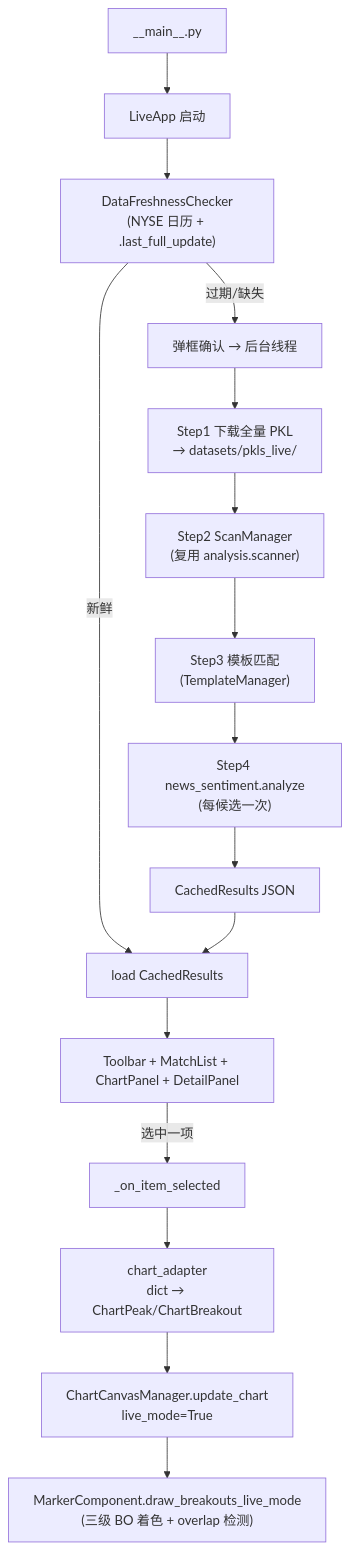
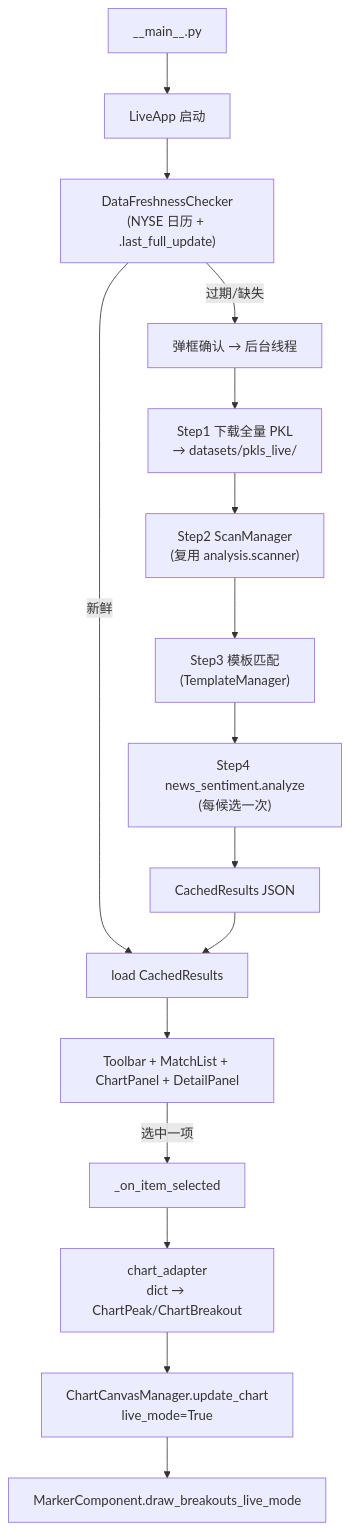
The diagram in .claude/docs/modules/live.md (ufgtb24/Trade_Strategy), drawn with Mermaid before and after one commit. The commit also changed other lines of this file and 44 other files, not shown here.

````diff
--- a/.claude/docs/modules/live.md
+++ b/.claude/docs/modules/live.md
@@ -19,18 +19,18 @@
 ```mermaid
 flowchart TD
     M["__main__.py"] --> L[LiveApp 启动]
     L --> F["DataFreshnessChecker<br/>(NYSE 日历 + .last_full_update)"]
     F -->|新鲜| C[load CachedResults]
     F -->|过期/缺失| P[弹框确认 → 后台线程]
     P --> D1["Step1 下载全量 PKL<br/>→ datasets/pkls_live/"]
     D1 --> D2["Step2 ScanManager<br/>(复用 analysis.scanner)"]
     D2 --> D3["Step3 模板匹配<br/>(TemplateManager)"]
     D3 --> D4["Step4 news_sentiment.analyze<br/>(每候选一次)"]
     D4 --> SAVE["CachedResults JSON"]
     SAVE --> C
     C --> UI[Toolbar + MatchList + ChartPanel + DetailPanel]
     UI -->|选中一项| SEL["_on_item_selected"]
     SEL --> ADAPT["chart_adapter<br/>dict → ChartPeak/ChartBreakout"]
     ADAPT --> CM["ChartCanvasManager.update_chart<br/>live_mode=True"]
-    CM --> DM["MarkerComponent.draw_breakouts_live_mode<br/>(三级 BO 着色 + overlap 检测)"]
+    CM --> DM[MarkerComponent.draw_breakouts_live_mode]
 ```
````
